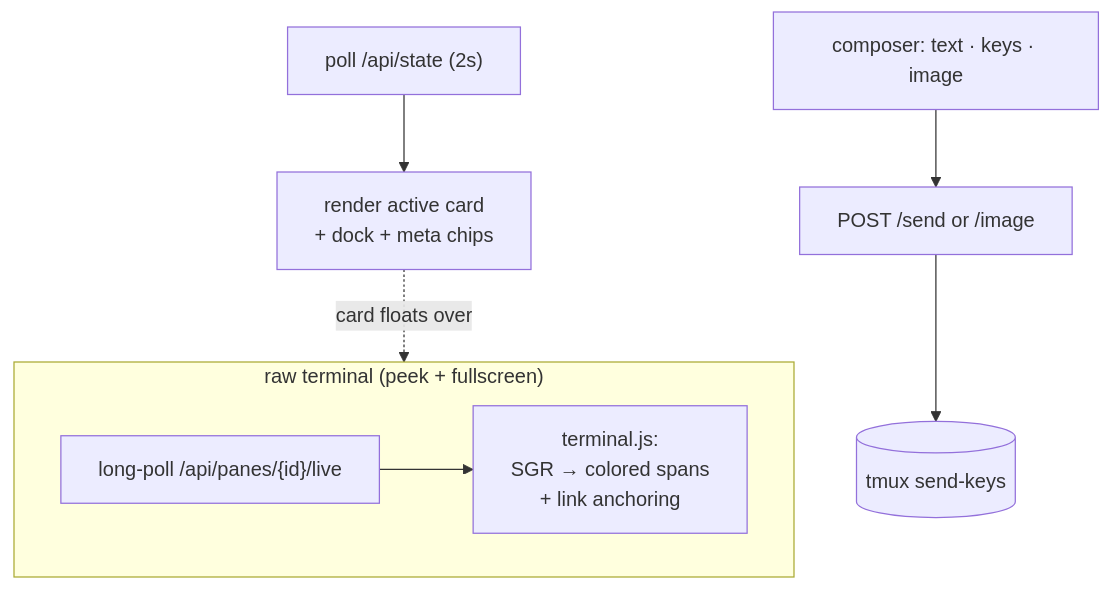
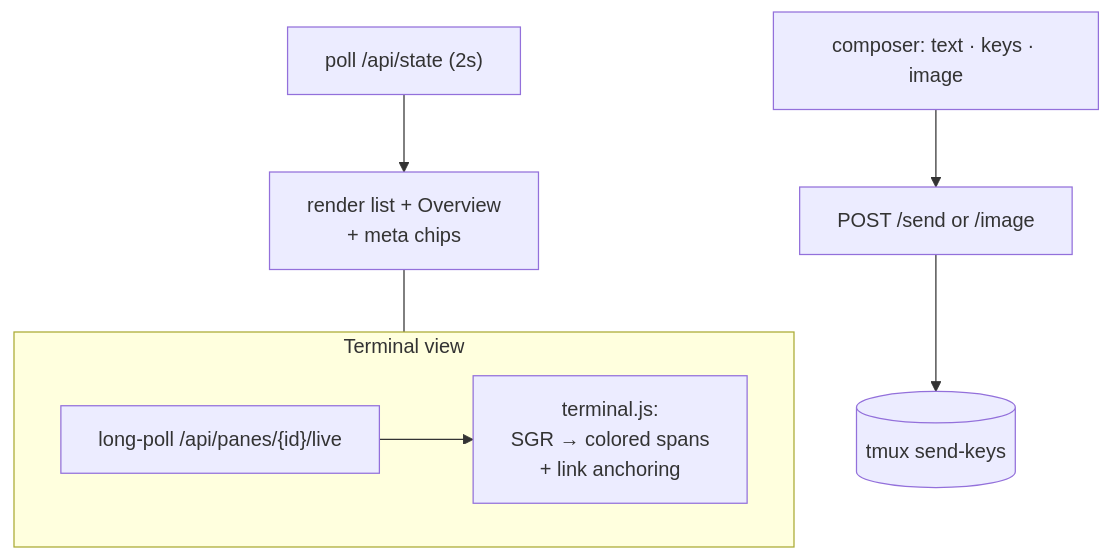
One commit to querystory/tmux-rc changed the fourth of 6 diagrams in docs/design/architecture.md. Above: the diagram before and after it, drawn with Mermaid. The commit also changed other lines of this file and 29 other files, not shown here.

````diff
--- a/docs/design/architecture.md
+++ b/docs/design/architecture.md
@@ -200,11 +188,11 @@
 ```mermaid
 flowchart TD
-  poll["poll /api/state (2s)"] --> cards["render active card<br/>+ dock + meta chips"]
-  subgraph peek["raw terminal (peek + fullscreen)"]
+  poll["poll /api/state (2s)"] --> cards["render list + Overview<br/>+ meta chips"]
+  subgraph peek["Terminal view"]
     live["long-poll /api/panes/{id}/live"]
     live --> render["terminal.js:<br/>SGR → colored spans<br/>+ link anchoring"]
   end
-  cards -.->|"card floats over"| peek
+  cards --- peek
   input["composer: text · keys · image"] --> send["POST /send or /image"]
   send --> tmux2[("tmux send-keys")]
 ```
````
